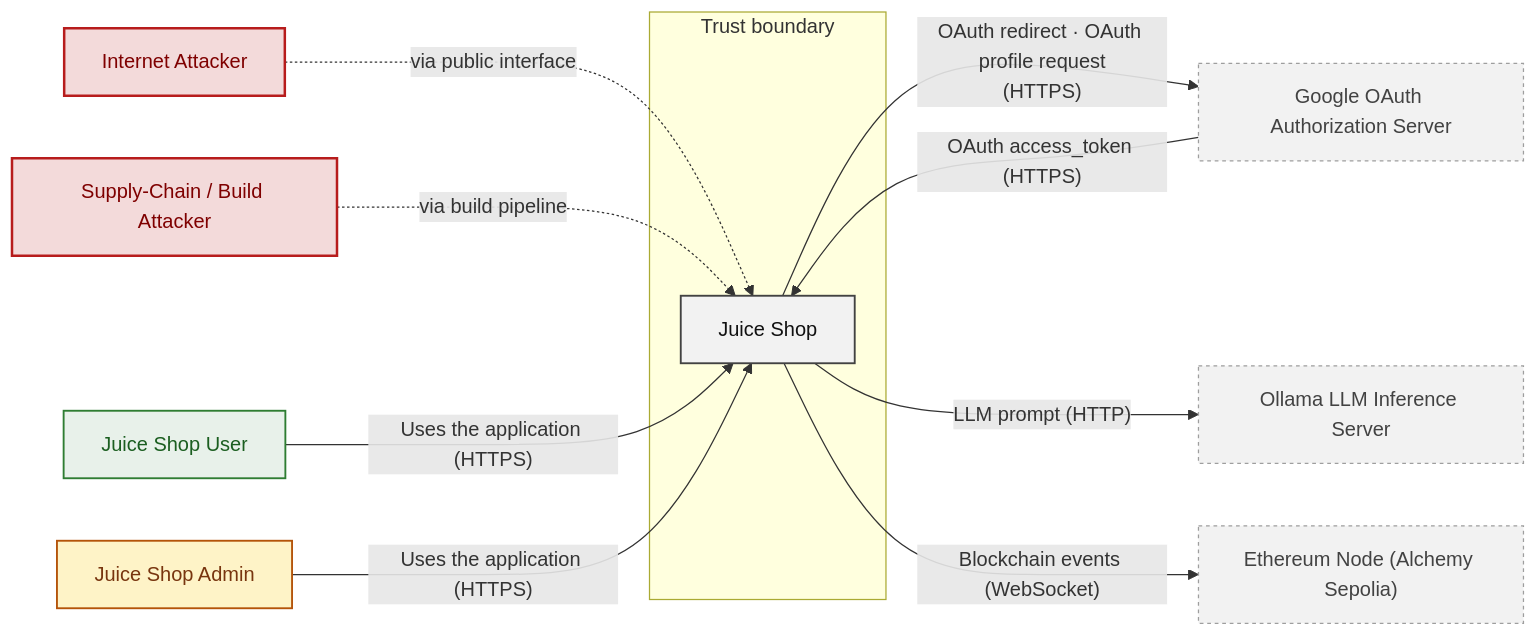
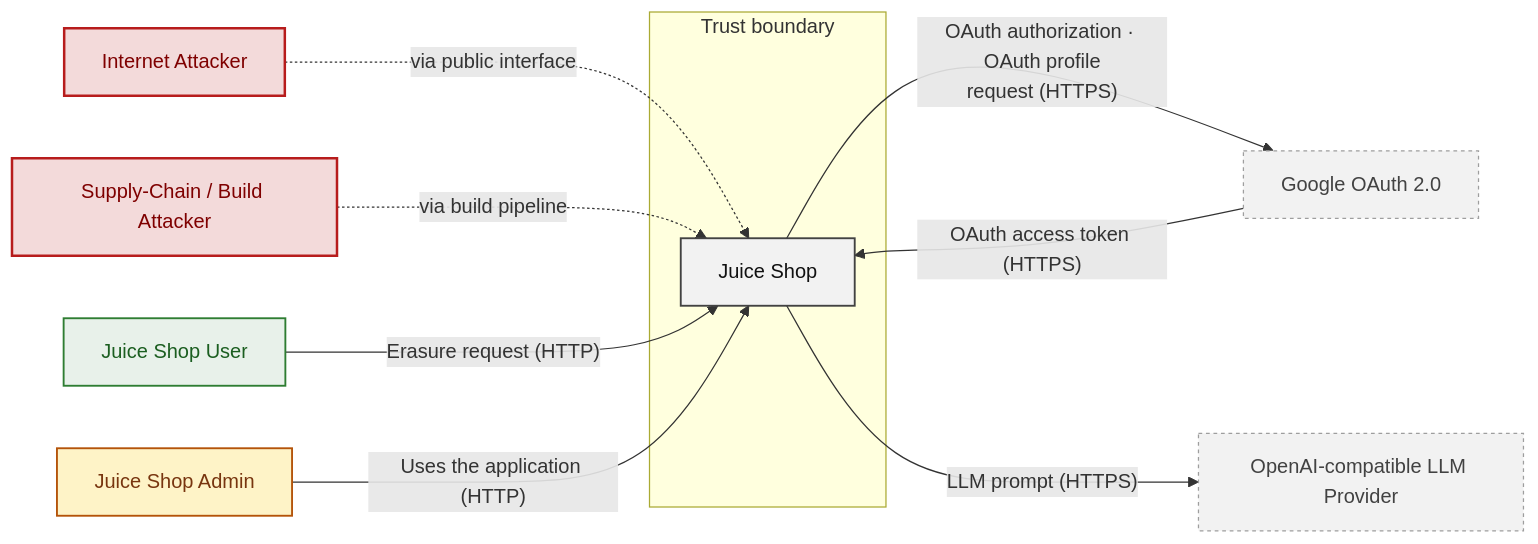
Before and after one commit to appsec-foundry/appsec-advisor-examples: the second of 14 diagrams in threat-modeler/threat-model-juice-shop-thorough-v0.6.0b4.md, drawn with Mermaid. The commit also changed other lines of this file and 11 other files, not shown here.

````diff
--- a/threat-modeler/threat-model-juice-shop-thorough-v0.6.0b4.md
+++ b/threat-modeler/threat-model-juice-shop-thorough-v0.6.0b4.md
@@ -353,34 +343,31 @@
 ```mermaid
 flowchart LR
     A0["Internet Attacker"]
     A1["Supply-Chain / Build Attacker"]
     R2["Juice Shop User"]
     R3["Juice Shop Admin"]
     subgraph TBEDGE["Trust boundary"]
         SYSTEM["Juice Shop"]
     end
-    E0["Google OAuth Authorization Server"]
-    E1["Ollama LLM Inference Server"]
-    E2["Ethereum Node (Alchemy Sepolia)"]
+    E0["Google OAuth 2.0"]
+    E1["OpenAI-compatible LLM Provider"]
     A0 -.->|"via public interface"| SYSTEM
     A1 -.->|"via build pipeline"| SYSTEM
-    R2 -->|"Uses the application (HTTPS)"| SYSTEM
-    R3 -->|"Uses the application (HTTPS)"| SYSTEM
-    SYSTEM -->|"OAuth redirect · OAuth profile request<br/>(HTTPS)"| E0
-    E0 -->|"OAuth access_token (HTTPS)"| SYSTEM
-    SYSTEM -->|"LLM prompt (HTTP)"| E1
-    SYSTEM -->|"Blockchain events (WebSocket)"| E2
+    R2 -->|"Erasure request (HTTP)"| SYSTEM
+    R3 -->|"Uses the application (HTTP)"| SYSTEM
+    SYSTEM -->|"OAuth authorization · OAuth profile<br/>request (HTTPS)"| E0
+    E0 -->|"OAuth access token (HTTPS)"| SYSTEM
+    SYSTEM -->|"LLM prompt (HTTPS)"| E1
     classDef user     fill:#e8f1ea,stroke:#2e7d32,color:#1b5e20,stroke-width:1.5px
     classDef attacker fill:#f3dada,stroke:#b71c1c,color:#7f0000,stroke-width:2px
     classDef admin    fill:#fef3c7,stroke:#b45309,color:#78350f,stroke-width:1.5px
     classDef sys      fill:#f2f2f2,stroke:#424242,color:#111,stroke-width:1.5px
     classDef ext      fill:#f2f2f2,stroke:#9e9e9e,color:#424242,stroke-dasharray:3 3,stroke-width:1px
     class A0 attacker
     class A1 attacker
     class R2 user
     class R3 admin
     class E0 ext
     class E1 ext
-    class E2 ext
     class SYSTEM sys
 ```
````
